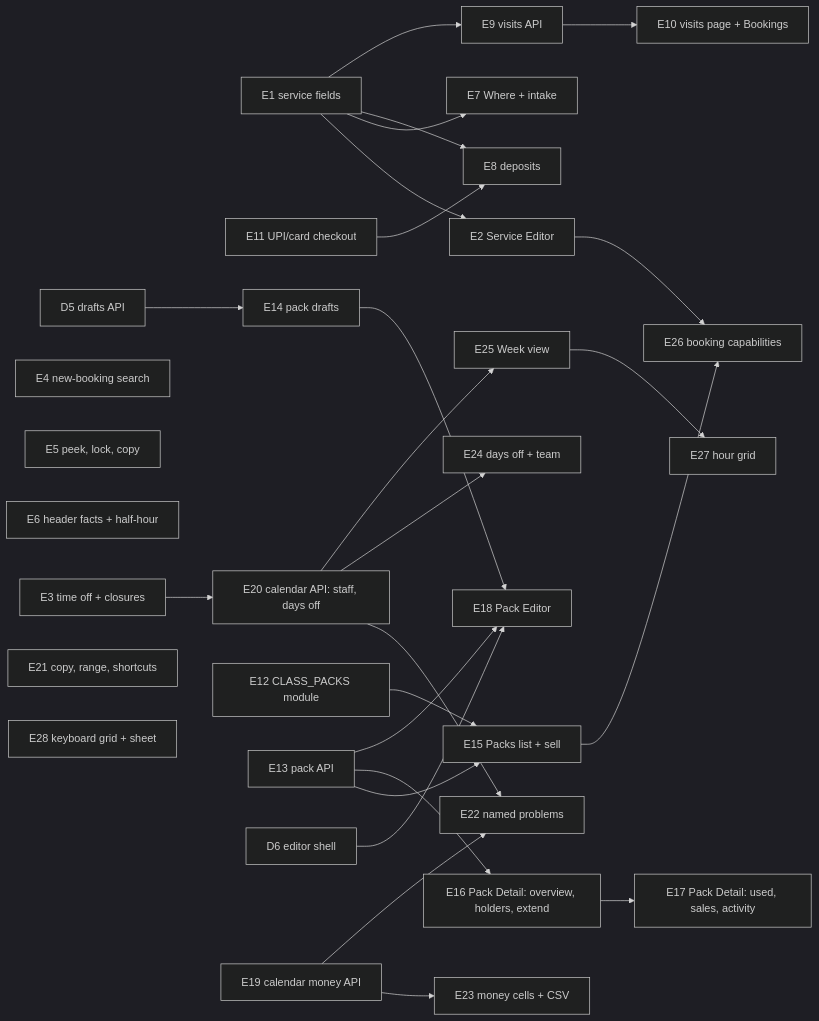
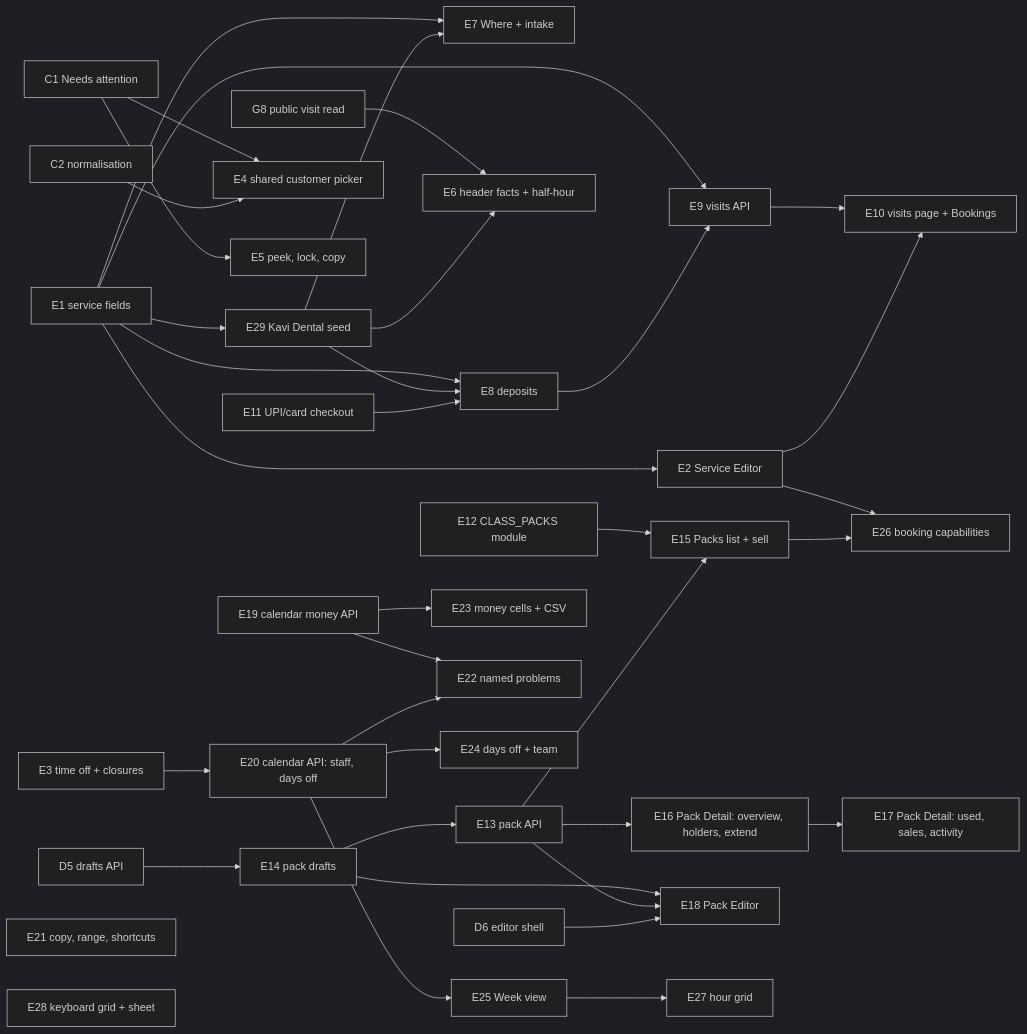
The diagram in docs/plans/2026-09-26-005-feat-bookings-packs-calendar-plan.md (saroh-labs/saroh.in), drawn with Mermaid (dark theme) before and after one commit. The commit also changed other lines of this file, not shown here.

First line of the commit message:
docs(plans): deepen plan E: treatment orders, deposits refunding once, the Kavi Dental seed, the phase-1 re-slice

````diff
--- a/docs/plans/2026-09-26-005-feat-bookings-packs-calendar-plan.md
+++ b/docs/plans/2026-09-26-005-feat-bookings-packs-calendar-plan.md
@@ -211,31 +240,39 @@
 ```mermaid
 flowchart LR
   E1[E1 service fields] --> E2[E2 Service Editor]
+  E1 --> E29[E29 Kavi Dental seed]
   E1 --> E7[E7 Where + intake]
+  E29 --> E7
   E1 --> E8[E8 deposits]
+  E29 --> E8
   E1 --> E9[E9 visits API]
+  E8 --> E9
   E9 --> E10[E10 visits page + Bookings]
+  E2 --> E10
   E11[E11 UPI/card checkout] --> E8
   E3[E3 time off + closures] --> E20[E20 calendar API: staff, days off]
-  E4[E4 new-booking search]
-  E5[E5 peek, lock, copy]
-  E6[E6 header facts + half-hour]
+  C1[C1 Needs attention] --> E4[E4 shared customer picker]
+  C2[C2 normalisation] --> E4
+  C1 --> E5[E5 peek, lock, copy]
+  G8[G8 public visit read] --> E6[E6 header facts + half-hour]
+  E29 --> E6
   D5[D5 drafts API] --> E14[E14 pack drafts]
+  E14 --> E13
   E12[E12 CLASS_PACKS module] --> E15
   E13[E13 pack API] --> E15[E15 Packs list + sell]
   E13 --> E16[E16 Pack Detail: overview, holders, extend]
   E16 --> E17[E17 Pack Detail: used, sales, activity]
   E14 --> E18[E18 Pack Editor]
   E13 --> E18
   D6[D6 editor shell] --> E18
   E19[E19 calendar money API] --> E23[E23 money cells + CSV]
   E19 --> E22[E22 named problems]
   E20 --> E22
   E20 --> E24[E24 days off + team]
   E20 --> E25[E25 Week view]
   E25 --> E27[E27 hour grid]
   E21[E21 copy, range, shortcuts]
   E28[E28 keyboard grid + sheet]
   E2 --> E26[E26 booking capabilities]
   E15 --> E26
 ```
````
